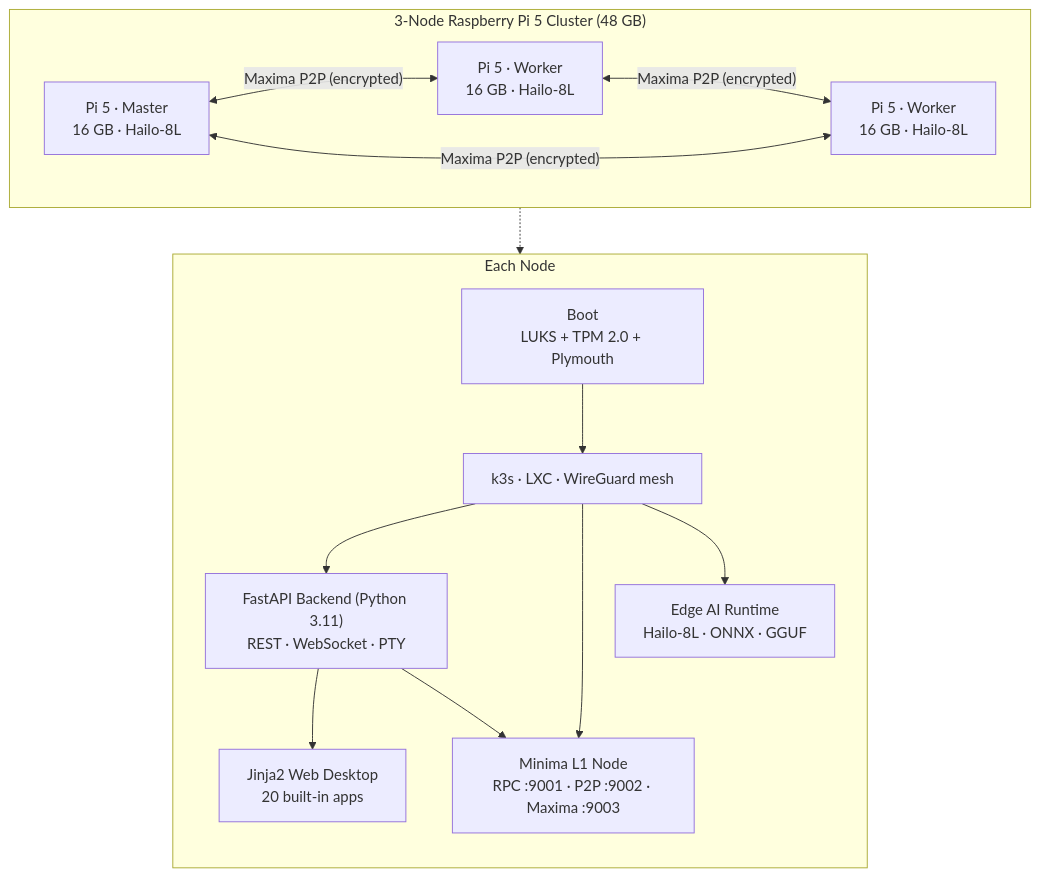
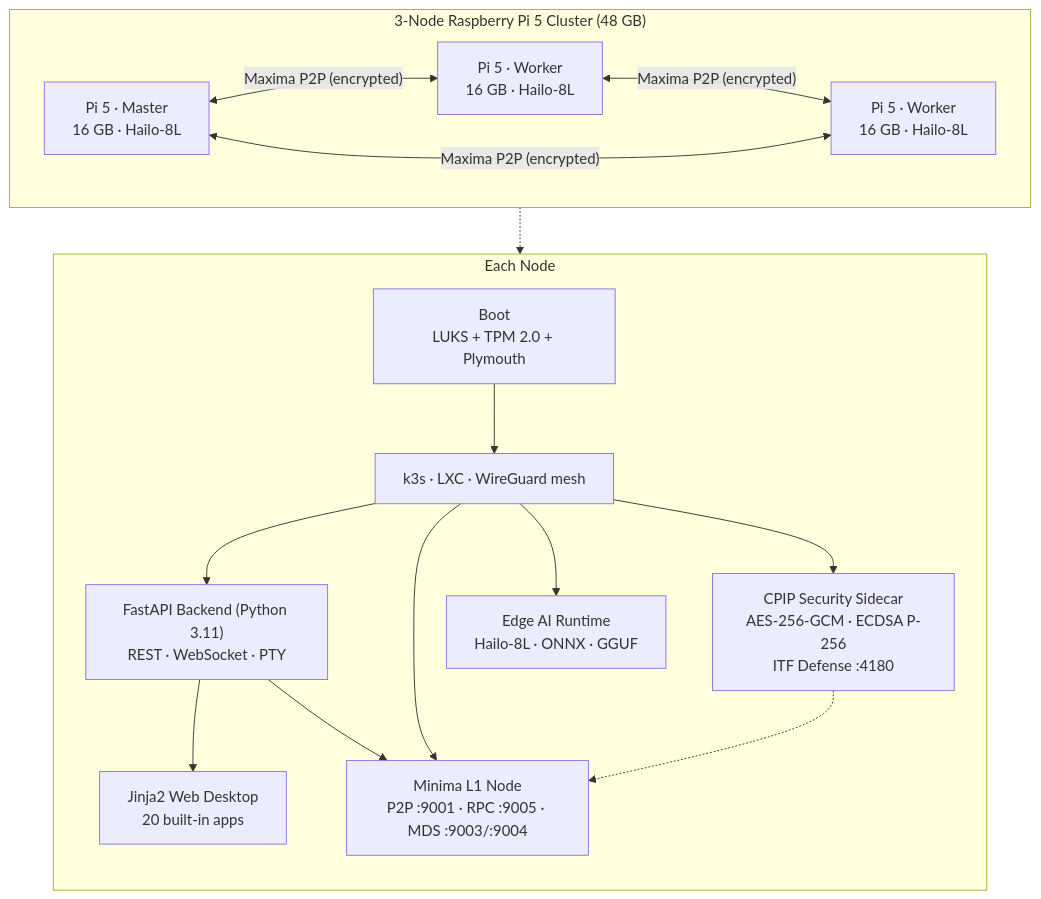
One commit to WilliamMajanja/Minima-PiNet-Os changed the diagram in README.md. Above: the diagram before and after it, drawn with Mermaid. The commit also changed other lines of this file, not shown here.

First line of the commit message:
docs: update README.md with CPIP integration and port fixes

````diff
--- a/README.md
+++ b/README.md
@@ -56,28 +57,31 @@
 ```mermaid
 flowchart TB
     subgraph Cluster["3-Node Raspberry Pi 5 Cluster (48 GB)"]
         direction LR
         N1["Pi 5 · Master<br/>16 GB · Hailo-8L"]
         N2["Pi 5 · Worker<br/>16 GB · Hailo-8L"]
         N3["Pi 5 · Worker<br/>16 GB · Hailo-8L"]
         N1 <-- "Maxima P2P (encrypted)" --> N2
         N2 <-- "Maxima P2P (encrypted)" --> N3
         N1 <-- "Maxima P2P (encrypted)" --> N3
     end
 
     subgraph Node["Each Node"]
         direction TB
         BOOT["Boot<br/>LUKS + TPM 2.0 + Plymouth"]
         K3S["k3s · LXC · WireGuard mesh"]
-        MIN["Minima L1 Node<br/>RPC :9001 · P2P :9002 · Maxima :9003"]
+        MIN["Minima L1 Node<br/>P2P :9001 · RPC :9005 · MDS :9003/:9004"]
+        CPIP["CPIP Security Sidecar<br/>AES-256-GCM · ECDSA P-256<br/>ITF Defense :4180"]
         API["FastAPI Backend (Python 3.11)<br/>REST · WebSocket · PTY"]
         UI["Jinja2 Web Desktop<br/>20 built-in apps"]
         AI["Edge AI Runtime<br/>Hailo-8L · ONNX · GGUF"]
         BOOT --> K3S --> API --> UI
         K3S --> MIN
         K3S --> AI
+        K3S --> CPIP
         API --> MIN
+        CPIP -.-> MIN
     end
 
     Cluster -.-> Node
 ```
````
